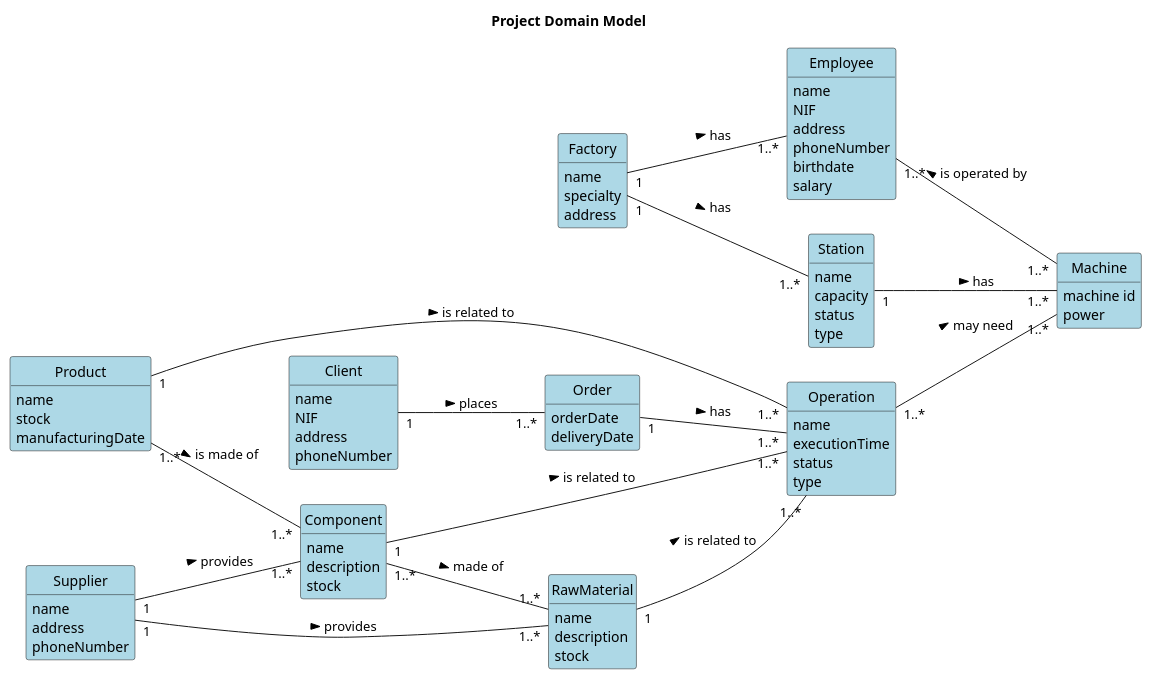
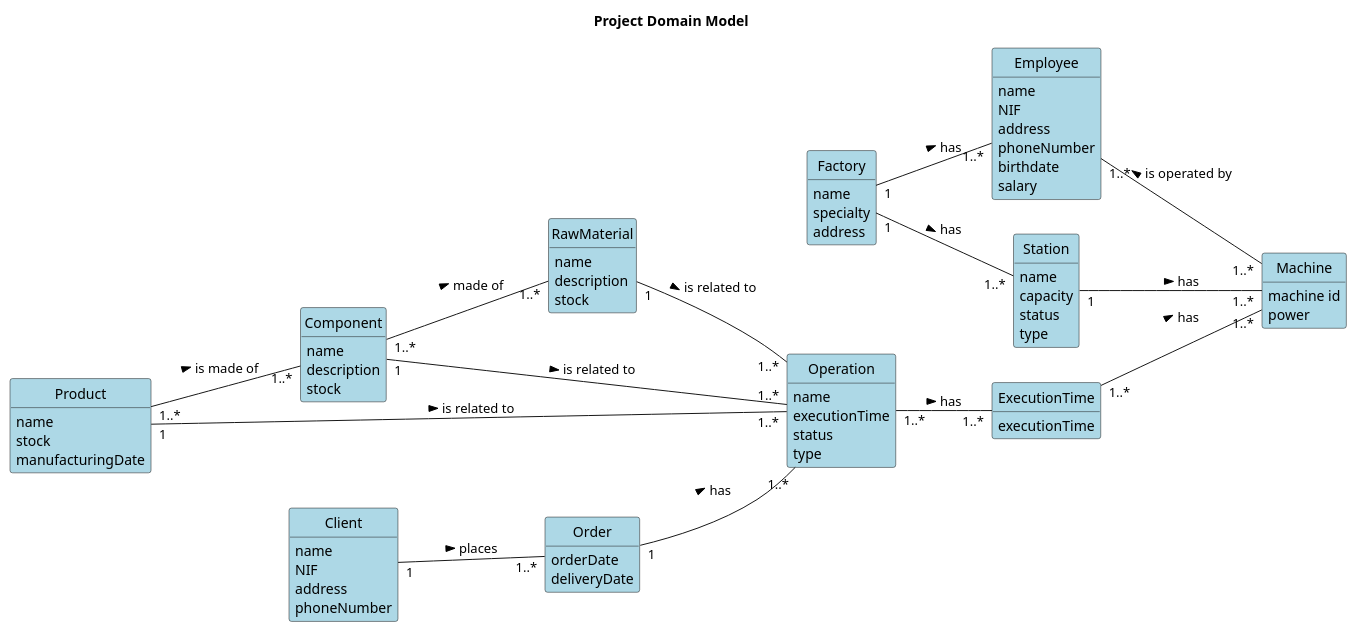
Before and after one commit to ricardomm7/buildflow: the diagram in others/documentation/global-artifacts/domain-model.puml, drawn with PlantUML. The commit also changed 1 other file, not shown here.

```diff
--- a/others/documentation/global-artifacts/domain-model.puml
+++ b/others/documentation/global-artifacts/domain-model.puml
@@ -1,98 +1,97 @@
 @startuml
 skinparam classBackgroundColor #ADD8E6
 skinparam packageStyle rectangle
 skinparam shadowing false
 skinparam classAttributeIconSize 0
 hide circle
 hide methods
 left to right direction
 
 title Project Domain Model
 
-class Supplier {
-    name
-    address
-    phoneNumber
+
+
+class ExecutionTime{
+    executionTime
 }
-
 class RawMaterial {
     name
     description
     stock
 }
 
 class Product {
     name
     stock
     manufacturingDate
 }
 
 class Component {
     name
     description
     stock
 }
 
 class Machine {
     machine id
     power
 }
 
 class Employee {
     name
     NIF
     address
     phoneNumber
     birthdate
     salary
 }
 
 class Operation {
     name
     executionTime
     status
     type
 }
 
 class Station {
     name
     capacity
     status
     type
 }
 
 class Factory {
     name
     specialty
     address
 }
 
 class Order {
     orderDate
     deliveryDate
 }
 
 class Client {
     name
     NIF
     address
     phoneNumber
 }
 
-Supplier "1" -- "1..*" Component: provides >
-Supplier "1" --"1..*" RawMaterial: provides >
+
 Component "1..*" -- "1..*" RawMaterial: made of >
 Product "1..*" -- "1..*" Component : is made of >
 Component "1" -- "1..*" Operation : is related to >
 RawMaterial "1" -- "1..*" Operation : is related to >
 Product "1" -- "1..*" Operation : is related to >
 Order "1" -- "1..*" Operation : has >
 'assumindo que não existem encomendas iguais
 Client "1" -- "1..*" Order : places >
-Operation "1..*" -- "1..*" Machine : may need >
+ExecutionTime "1..*" -- "1..*" Machine : has >
+Operation "1..*" -- "1..*" ExecutionTime : has >
 Employee "1..*" -- "1..*" Machine : is operated by <
 Station "1" -- "1..*" Machine : has >
 Factory "1" -- "1..*" Station : has >
 Factory "1" -- "1..*" Employee : has >
 
 @enduml
```
